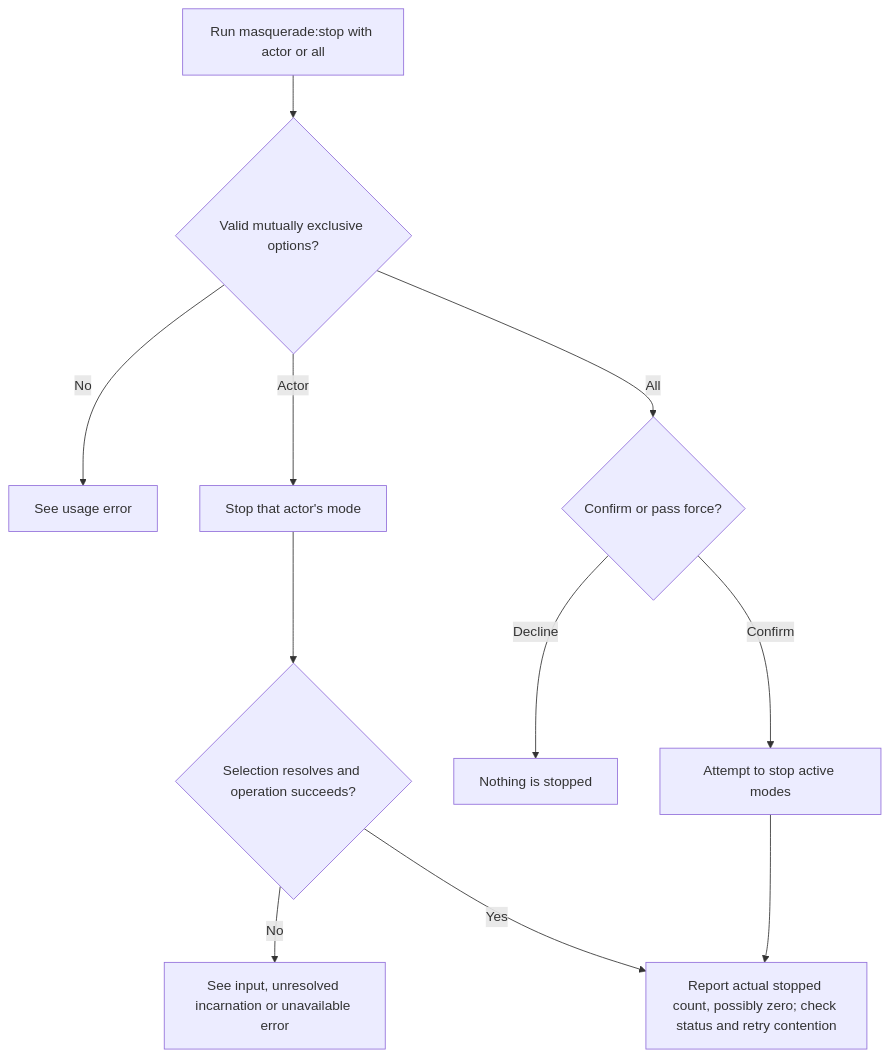
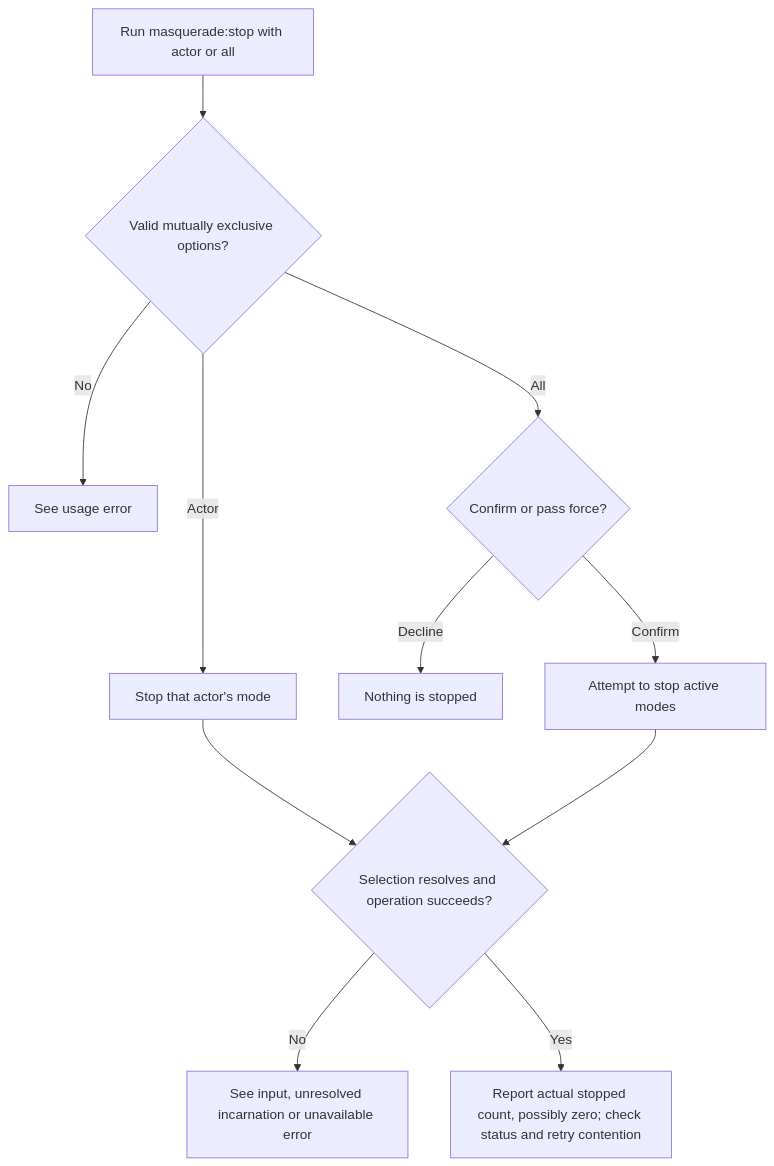
One commit to Kevinjohn/oss-adonisjs-masquerade changed the first of 2 diagrams in user-stories/expire-retain-modes/us-ops-04-revoke-active-modes.md. Above: the diagram before and after it, drawn with Mermaid. The commit also changed other lines of this file and 26 other files, not shown here.

````diff
--- a/user-stories/expire-retain-modes/us-ops-04-revoke-active-modes.md
+++ b/user-stories/expire-retain-modes/us-ops-04-revoke-active-modes.md
@@ -27,13 +27,13 @@
 ```mermaid
 flowchart TD
     A["Run masquerade:stop with actor or all"] --> B{"Valid mutually exclusive options?"}
     B -->|No| C["See usage error"]
     B -->|Actor| D["Stop that actor's mode"]
     B -->|All| E{"Confirm or pass force?"}
     E -->|Decline| F["Nothing is stopped"]
     E -->|Confirm| G["Attempt to stop active modes"]
     D --> H{"Selection resolves and operation succeeds?"}
-    G --> I["Report actual stopped count, possibly zero; check status and retry contention"]
+    G --> H
     H -->|No| J["See input, unresolved incarnation or unavailable error"]
-    H -->|Yes| I
+    H -->|Yes| I["Report actual stopped count, possibly zero; check status and retry contention"]
 ```
````
